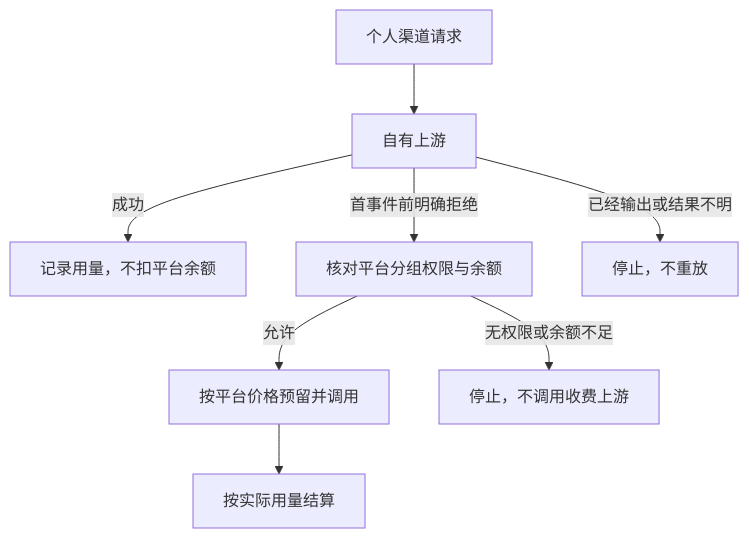
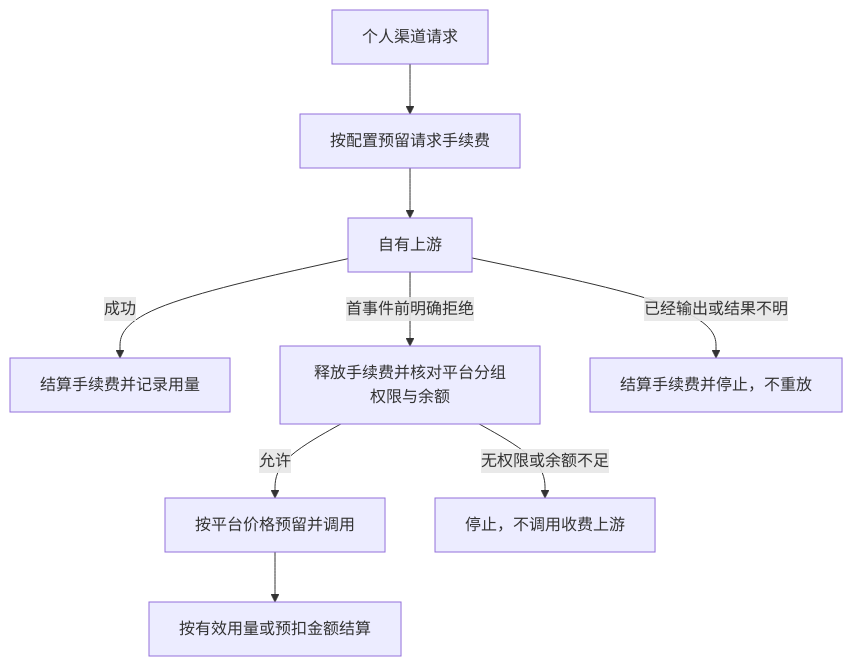
One commit to MoeClub-Open/PluHub changed the diagram in docs/PERSONAL_CHANNELS.md. Above: the diagram before and after it, drawn with Mermaid. The commit also changed other lines of this file and 19 other files, not shown here.

````diff
--- a/docs/PERSONAL_CHANNELS.md
+++ b/docs/PERSONAL_CHANNELS.md
@@ -80,10 +78,11 @@
 ```mermaid
 flowchart TD
-    A[个人渠道请求] --> B[自有上游]
-    B -->|成功| C[记录用量，不扣平台余额]
-    B -->|首事件前明确拒绝| D[核对平台分组权限与余额]
+    A[个人渠道请求] --> P[按配置预留请求手续费]
+    P --> B[自有上游]
+    B -->|成功| C[结算手续费并记录用量]
+    B -->|首事件前明确拒绝| D[释放手续费并核对平台分组权限与余额]
     D -->|允许| E[按平台价格预留并调用]
     D -->|无权限或余额不足| F[停止，不调用收费上游]
-    E --> G[按实际用量结算]
-    B -->|已经输出或结果不明| H[停止，不重放]
+    E --> G[按有效用量或预扣金额结算]
+    B -->|已经输出或结果不明| H[结算手续费并停止，不重放]
 ```
````
